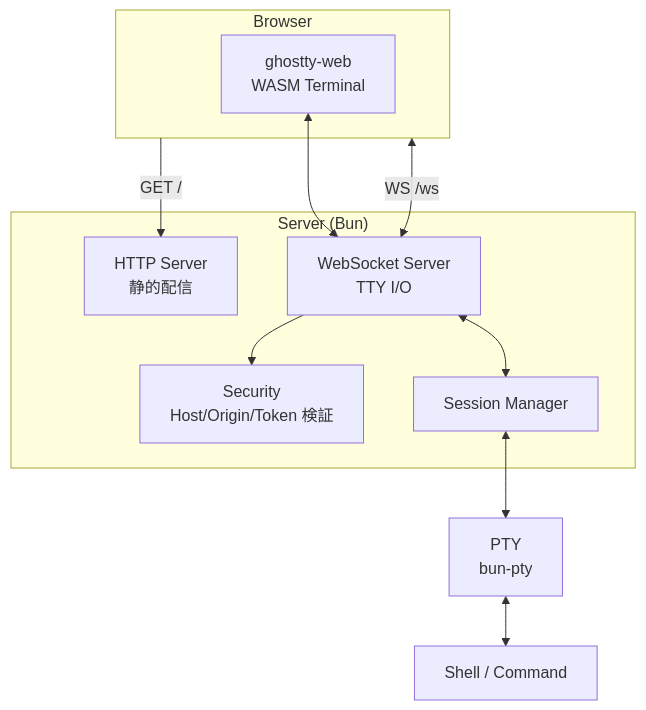
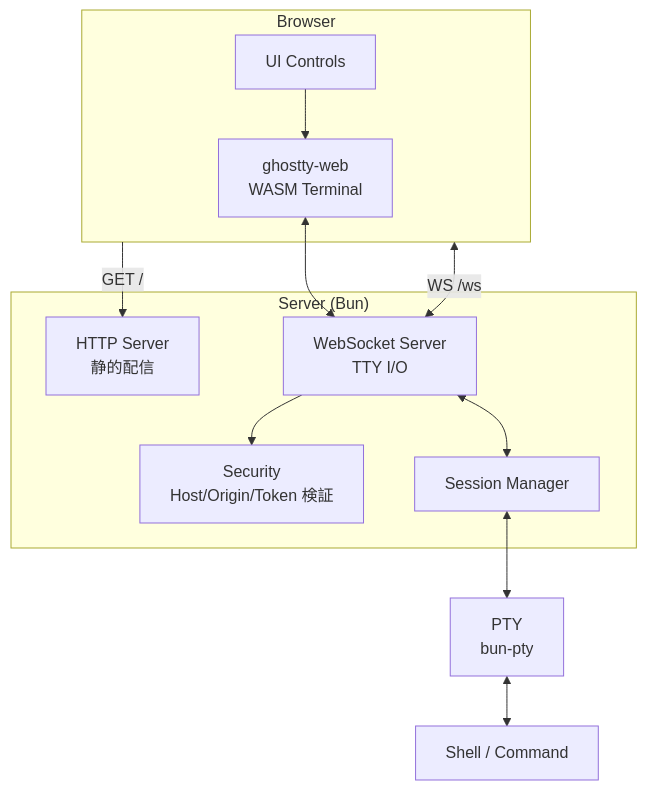
One commit to shuymn/kastty changed the first of 2 diagrams in docs/plans/2026-02-24-kastty-design.md. Above: the diagram before and after it, drawn with Mermaid. The commit also changed other lines of this file and 22 other files, not shown here.

````diff
--- a/docs/plans/2026-02-24-kastty-design.md
+++ b/docs/plans/2026-02-24-kastty-design.md
@@ -69,24 +69,26 @@
 ```mermaid
 graph TB
     subgraph Browser
+        UI[UI Controls]
         GW[ghostty-web<br/>WASM Terminal]
     end
 
     subgraph "Server (Bun)"
         HTTP[HTTP Server<br/>静的配信]
         WS[WebSocket Server<br/>TTY I/O]
         SEC[Security<br/>Host/Origin/Token 検証]
         SM[Session Manager]
     end
 
     PTY[PTY<br/>bun-pty]
     SHELL[Shell / Command]
 
     Browser -->|"GET /"| HTTP
     Browser <-->|"WS /ws"| WS
     WS --> SEC
     WS <--> SM
     SM <--> PTY
     PTY <--> SHELL
+    UI --> GW
     GW <--> WS
 ```
````
